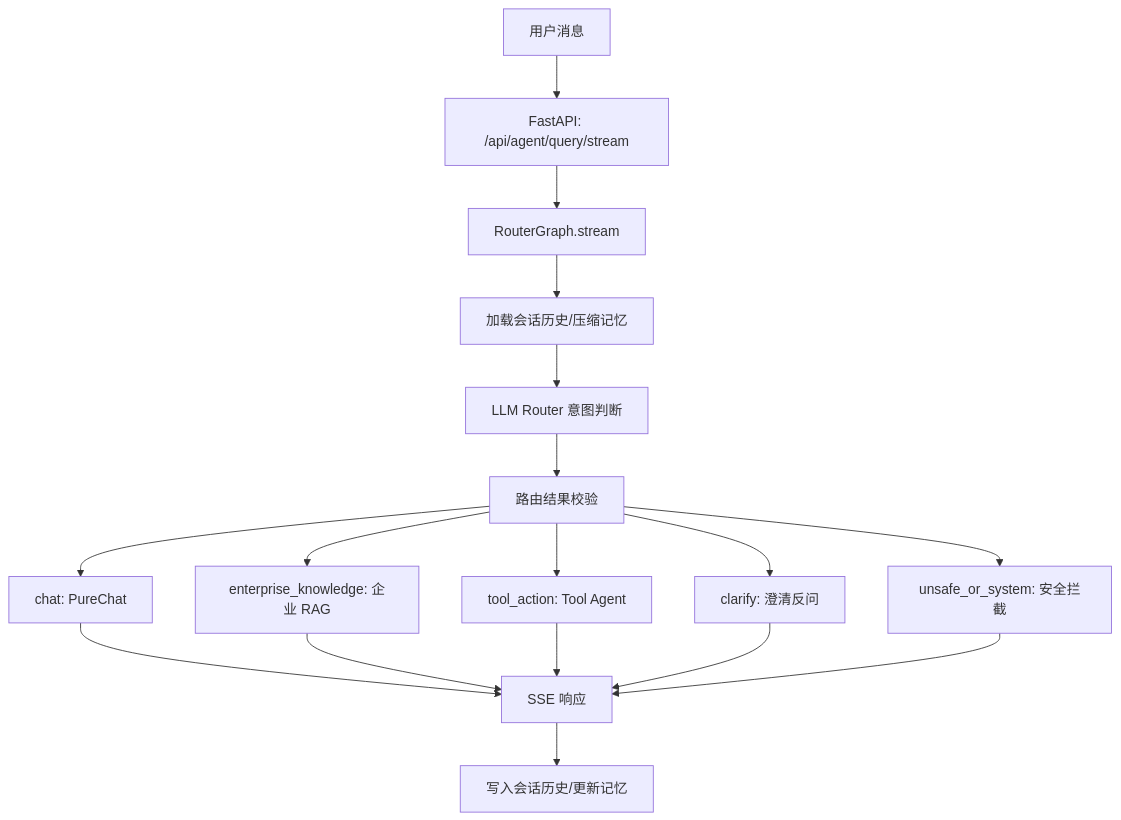
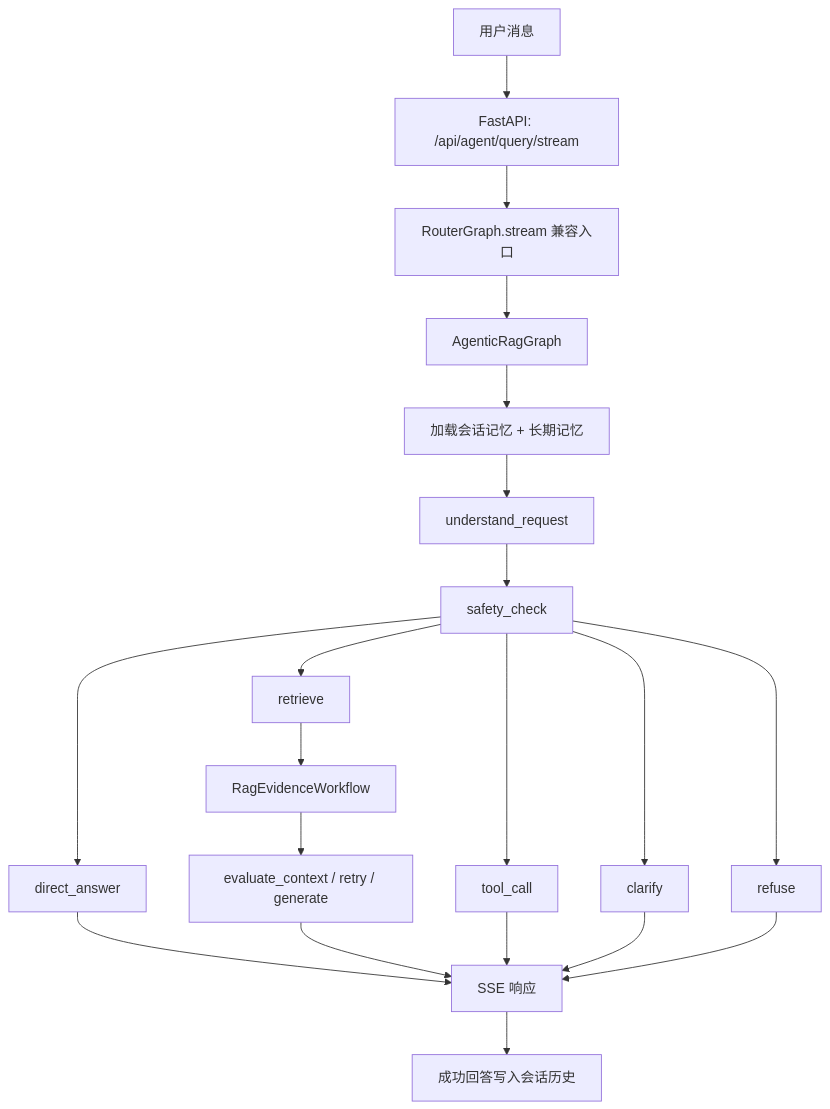
One commit to Aria-doufan/NexusKB- changed the diagram in docs/project_guide/CURRENT_ARCHITECTURE_REVIEW.md. Above: the diagram before and after it, drawn with Mermaid. The commit also changed other lines of this file and 13 other files, not shown here.

Commit message:
Document Agentic RAG mainline ownership

````diff
--- a/docs/project_guide/CURRENT_ARCHITECTURE_REVIEW.md
+++ b/docs/project_guide/CURRENT_ARCHITECTURE_REVIEW.md
@@ -50,22 +48,26 @@
 ```mermaid
 flowchart TD
     User["用户消息"] --> API["FastAPI: /api/agent/query/stream"]
-    API --> Router["RouterGraph.stream"]
-    Router --> Context["加载会话历史/压缩记忆"]
-    Context --> Judge["LLM Router 意图判断"]
-    Judge --> Validate["路由结果校验"]
+    API --> Router["RouterGraph.stream 兼容入口"]
+    Router --> Graph["AgenticRagGraph"]
+    Graph --> Context["加载会话记忆 + 长期记忆"]
+    Context --> Understand["understand_request"]
+    Understand --> Safety["safety_check"]
 
-    Validate --> Chat["chat: PureChat"]
-    Validate --> RAG["enterprise_knowledge: 企业 RAG"]
-    Validate --> Agent["tool_action: Tool Agent"]
-    Validate --> Clarify["clarify: 澄清反问"]
-    Validate --> Unsafe["unsafe_or_system: 安全拦截"]
+    Safety --> Direct["direct_answer"]
+    Safety --> Retrieve["retrieve"]
+    Safety --> Tool["tool_call"]
+    Safety --> Clarify["clarify"]
+    Safety --> Refuse["refuse"]
 
-    Chat --> SSE["SSE 响应"]
-    RAG --> SSE
-    Agent --> SSE
+    Retrieve --> Workflow["RagEvidenceWorkflow"]
+    Workflow --> Eval["evaluate_context / retry / generate"]
+
+    Direct --> SSE["SSE 响应"]
+    Eval --> SSE
+    Tool --> SSE
     Clarify --> SSE
-    Unsafe --> SSE
+    Refuse --> SSE
 
-    SSE --> Memory["写入会话历史/更新记忆"]
+    SSE --> Memory["成功回答写入会话历史"]
 ```
````
